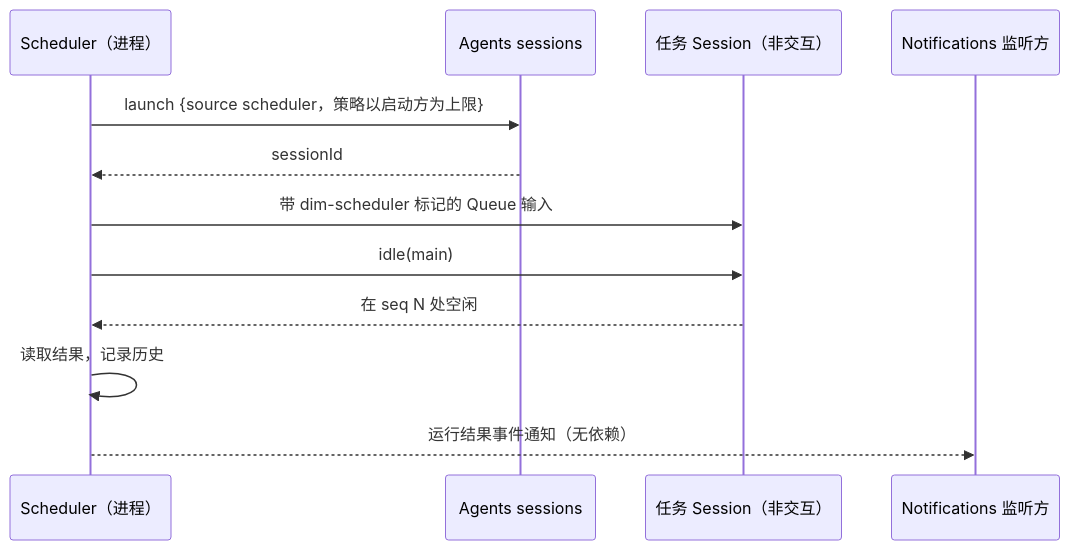
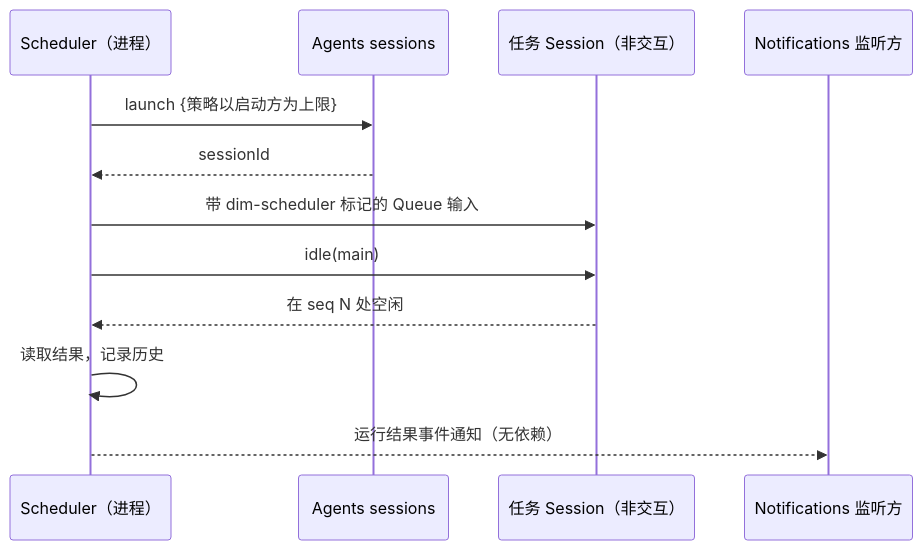
The seventh of 8 diagrams in docs/zh/design/overview.md (CoutinhoTTS/dim-agent), drawn with Mermaid before and after one commit. The commit also changed other lines of this file and 6 other files, not shown here.

````diff
--- a/docs/zh/design/overview.md
+++ b/docs/zh/design/overview.md
@@ -274,14 +274,14 @@
 ```mermaid
 sequenceDiagram
   participant SC as Scheduler（进程）
   participant AI as Agents sessions
   participant S as 任务 Session（非交互）
   participant NT as Notifications 监听方
-  SC->>AI: launch {source scheduler，策略以启动方为上限}
+  SC->>AI: launch {策略以启动方为上限}
   AI-->>SC: sessionId
   SC->>S: 带 dim-scheduler 标记的 Queue 输入
   SC->>S: idle(main)
   S-->>SC: 在 seq N 处空闲
   SC->>SC: 读取结果，记录历史
   SC-->>NT: 运行结果事件通知（无依赖）
 ```
````
